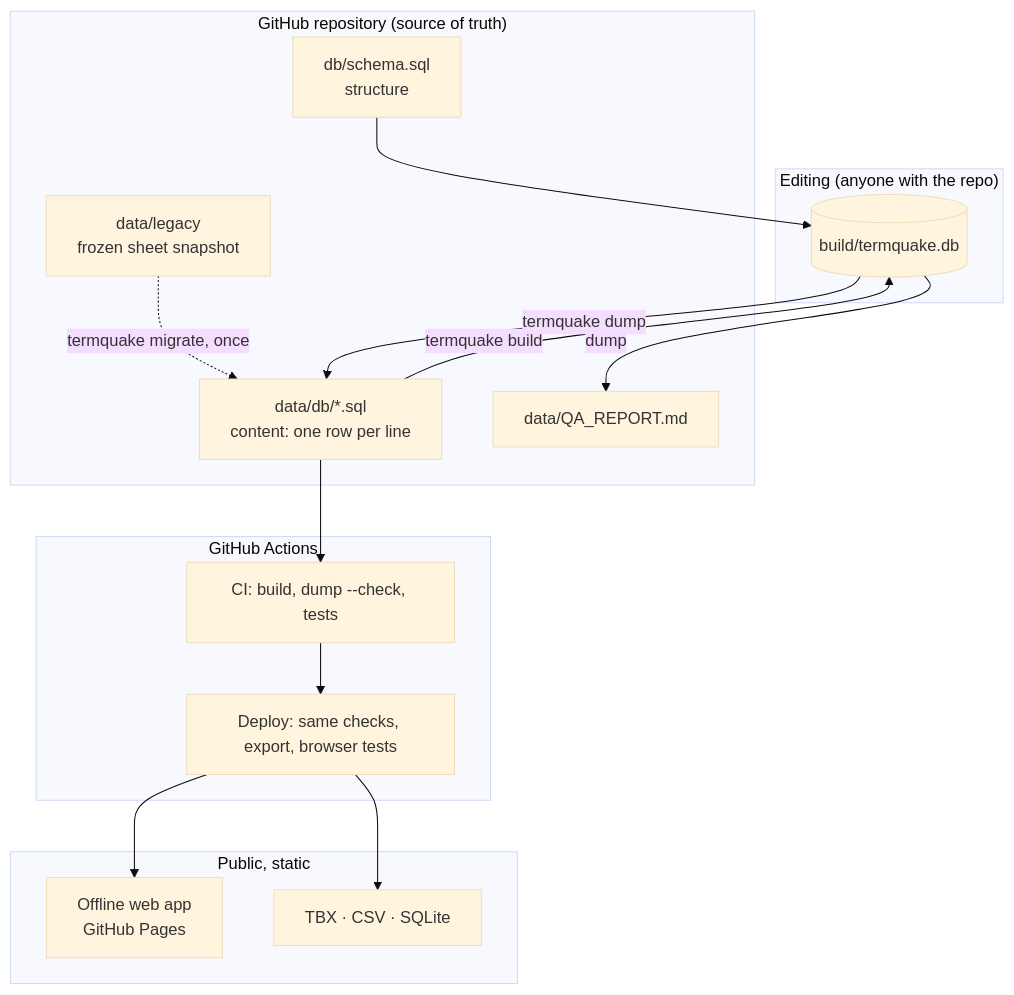
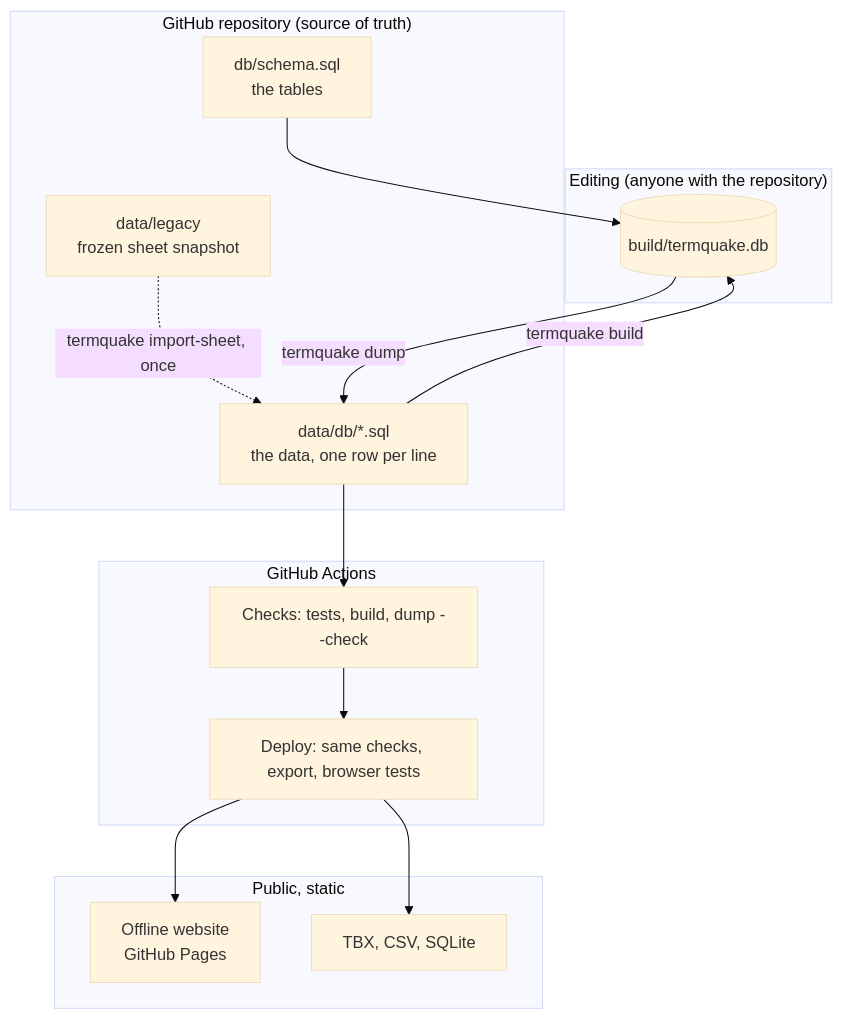
One commit to ysfztpp/TermQuake changed the diagram in docs/ARCHITECTURE.md. Above: the diagram before and after it, drawn with Mermaid (base theme). The commit also changed other lines of this file and 11 other files, not shown here.

````diff
--- a/docs/ARCHITECTURE.md
+++ b/docs/ARCHITECTURE.md
@@ -22,27 +20,25 @@
 ```mermaid
 flowchart TB
   subgraph Repo["GitHub repository (source of truth)"]
-    S[db/schema.sql<br/>structure]
-    D[data/db/*.sql<br/>content: one row per line]
-    Q[data/QA_REPORT.md]
+    S[db/schema.sql<br/>the tables]
+    D[data/db/*.sql<br/>the data, one row per line]
     L[data/legacy<br/>frozen sheet snapshot]
   end
-  subgraph Local["Editing (anyone with the repo)"]
+  subgraph Local["Editing (anyone with the repository)"]
     B[(build/termquake.db)]
   end
   subgraph CI["GitHub Actions"]
-    C[CI: build, dump --check, tests]
+    C[Checks: tests, build, dump --check]
     P[Deploy: same checks, export, browser tests]
   end
   subgraph Public["Public, static"]
-    W[Offline web app<br/>GitHub Pages]
-    DL[TBX · CSV · SQLite]
+    W[Offline website<br/>GitHub Pages]
+    DL[TBX, CSV, SQLite]
   end
-  L -. termquake migrate, once .-> D
+  L -. termquake import-sheet, once .-> D
   S --> B
   D -- termquake build --> B
   B -- termquake dump --> D
-  B -- dump --> Q
   D --> C --> P --> W
   P --> DL
 ```
````
